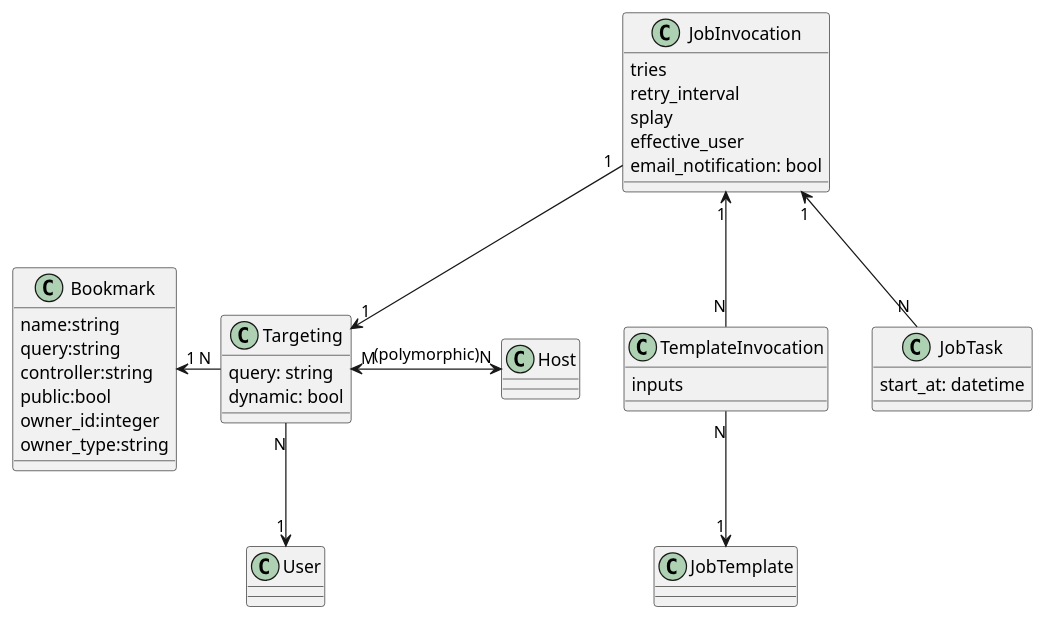
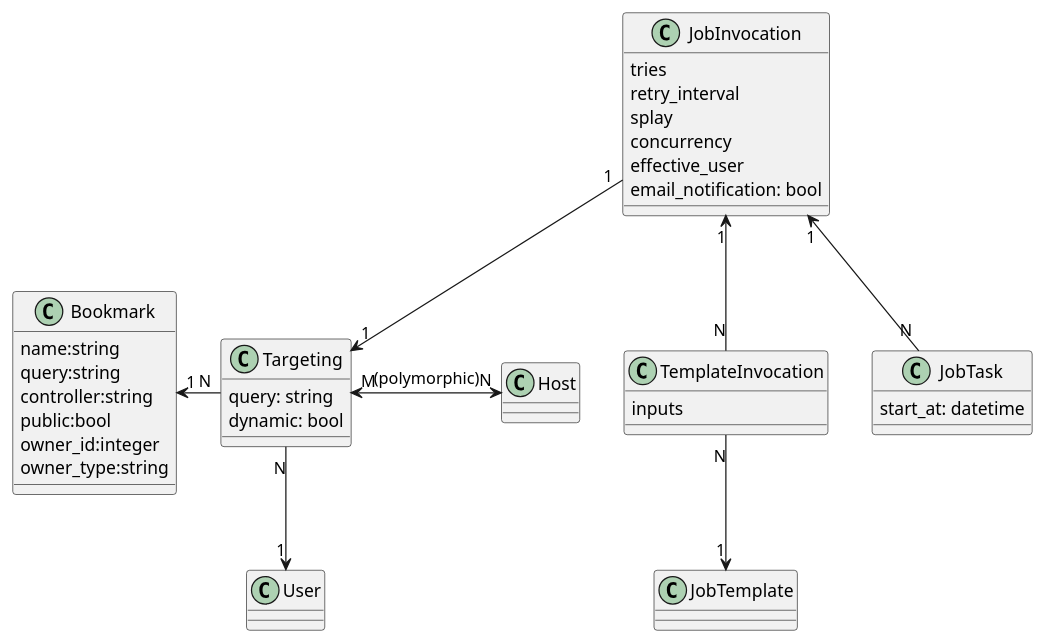
One commit to theforeman/foreman_remote_execution changed the seventh of 13 diagrams in doc/source/design/index.md. Above: the diagram before and after it, drawn with PlantUML. The commit also changed other lines of this file, not shown here.

```diff
--- a/doc/source/design/index.md
+++ b/doc/source/design/index.md
@@ -521,44 +531,45 @@
 {% plantuml %}
 
 class Bookmark {
   name:string
   query:string
   controller:string
   public:bool
   owner_id:integer
   owner_type:string
 }
 
 class Targeting {
   query: string
   dynamic: bool
 }
 
 class Host
 class User
 
 class TemplateInvocation {
   inputs
 }
 
 class JobInvocation {
   tries
   retry_interval
   splay
+  concurrency
   effective_user
   email_notification: bool
 }
 
 class JobTask {
   start_at: datetime
 }
 
 Bookmark "1" <- "N" Targeting
 Targeting "M" <-> "N" Host : (polymorphic)
 Targeting "N" --> "1" User
 JobInvocation "1" --> "1" Targeting
 JobInvocation "1" <-- "N" TemplateInvocation
 TemplateInvocation "N" --> "1" JobTemplate
 JobInvocation "1" <-- "N" JobTask
 
 {% endplantuml %}
```
